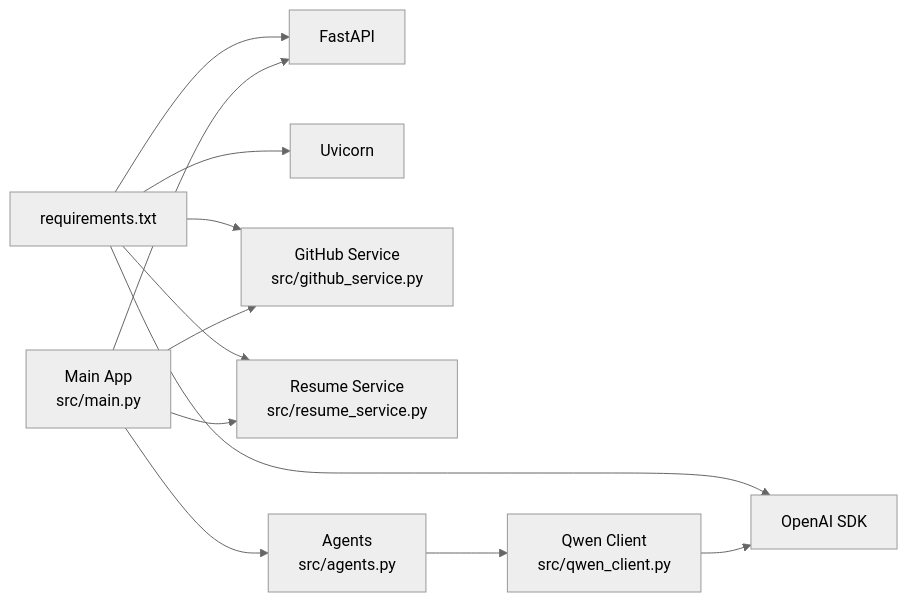
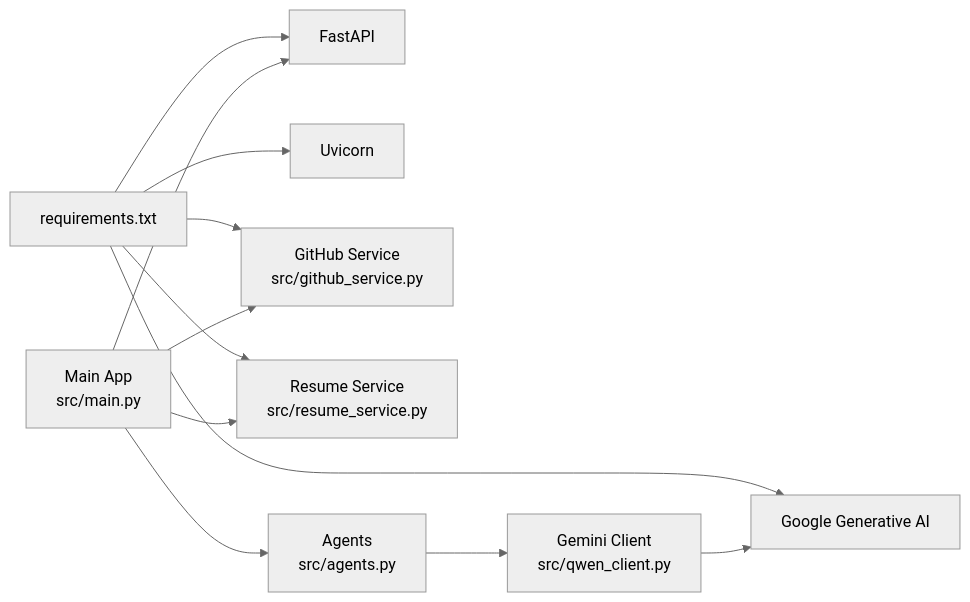
One commit to waqarimran342/CareerOS-AI changed the third of 3 diagrams in .qoder/repowiki/en/content/Deployment Guide.md. Above: the diagram before and after it, drawn with Mermaid (neutral theme). The commit also changed other lines of this file and 32 other files, not shown here.

````diff
--- a/.qoder/repowiki/en/content/Deployment Guide.md
+++ b/.qoder/repowiki/en/content/Deployment Guide.md
@@ -222,23 +230,23 @@
 ```mermaid
 graph LR
 R["requirements.txt"]
 F["FastAPI"]
 U["Uvicorn"]
-O["OpenAI SDK"]
-Q["Qwen Client<br/>src/qwen_client.py"]
-G["GitHub Service<br/>src/github_service.py"]
+G["Google Generative AI"]
+Q["Gemini Client<br/>src/qwen_client.py"]
+GH["GitHub Service<br/>src/github_service.py"]
 RS["Resume Service<br/>src/resume_service.py"]
 A["Agents<br/>src/agents.py"]
 M["Main App<br/>src/main.py"]
 R --> F
 R --> U
-R --> O
 R --> G
+R --> GH
 R --> RS
 M --> F
 M --> A
 A --> Q
-Q --> O
-M --> G
+Q --> G
+M --> GH
 M --> RS
 ```
````
